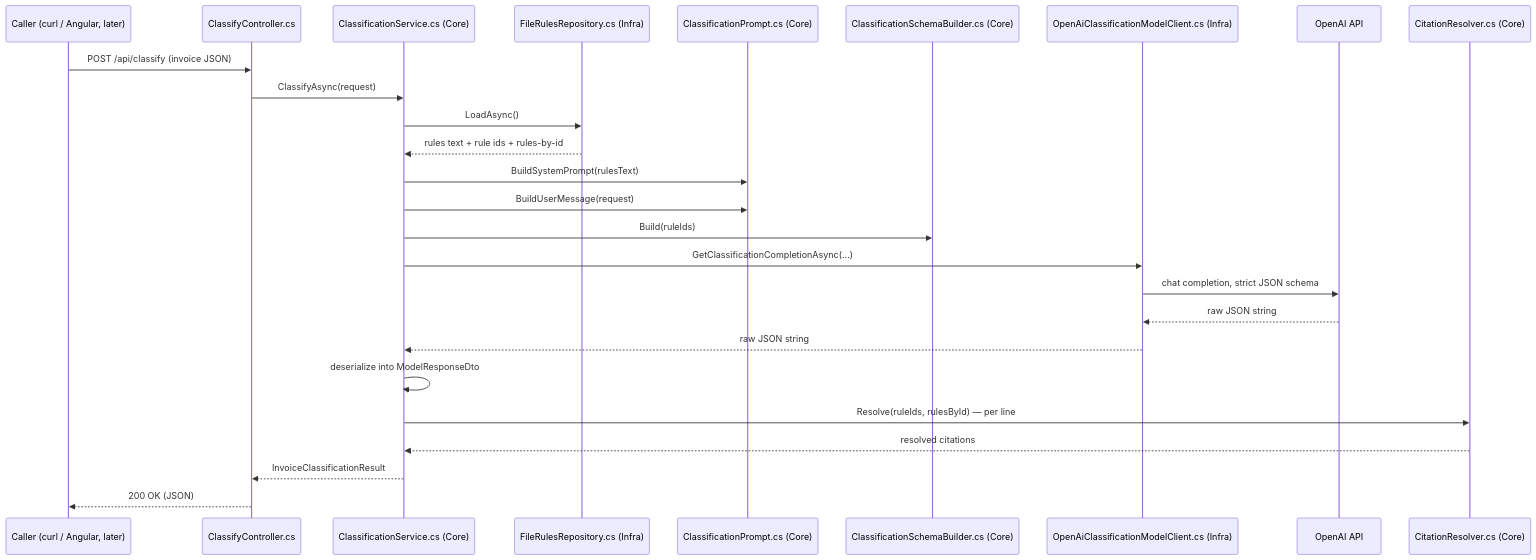
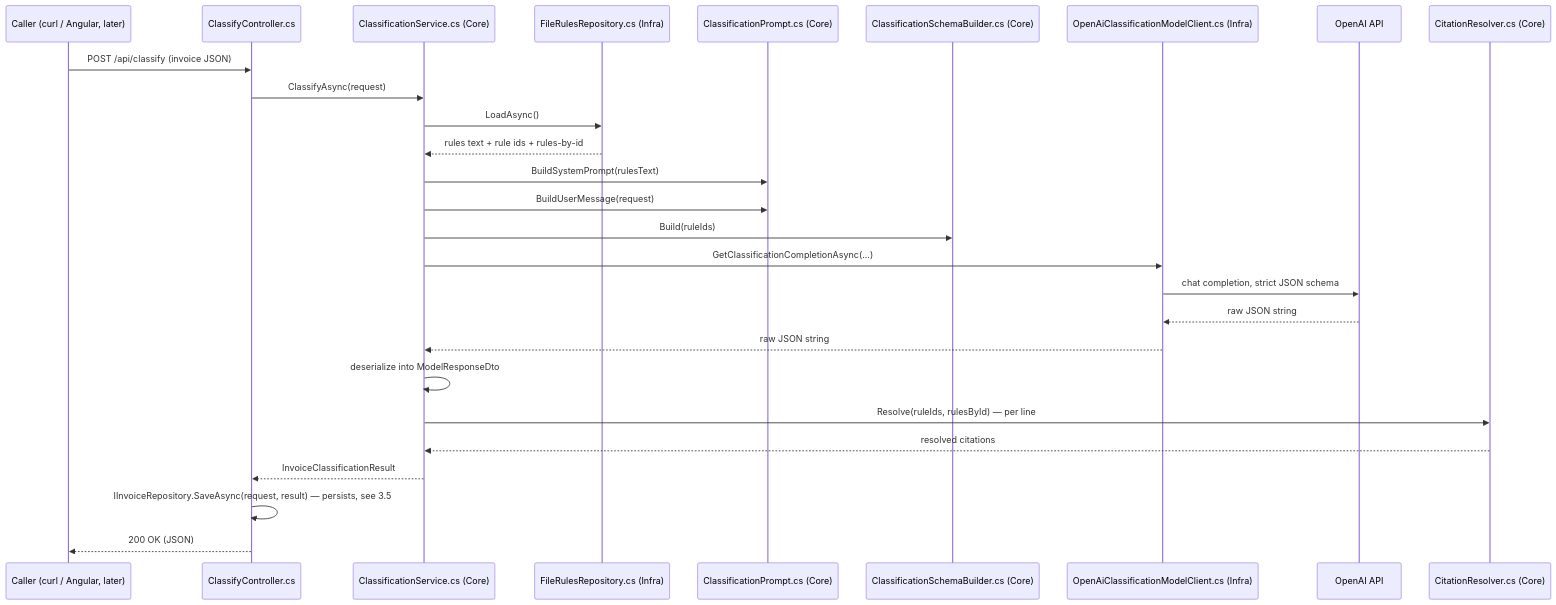
One commit to Jangorito/Construction-Industry-Scheme-Project changed the second of 5 diagrams in CIS_PRODUCTION_BUILD_GUIDE.md. Above: the diagram before and after it, drawn with Mermaid. The commit also changed other lines of this file, not shown here.

````diff
--- a/CIS_PRODUCTION_BUILD_GUIDE.md
+++ b/CIS_PRODUCTION_BUILD_GUIDE.md
@@ -77,29 +79,30 @@
 ```mermaid
 sequenceDiagram
     participant Caller as Caller (curl / Angular, later)
     participant Ctrl as ClassifyController.cs
     participant Svc as ClassificationService.cs (Core)
     participant Rules as FileRulesRepository.cs (Infra)
     participant Prompt as ClassificationPrompt.cs (Core)
     participant Schema as ClassificationSchemaBuilder.cs (Core)
     participant Model as OpenAiClassificationModelClient.cs (Infra)
     participant OpenAI as OpenAI API
     participant Cite as CitationResolver.cs (Core)
 
     Caller->>Ctrl: POST /api/classify (invoice JSON)
     Ctrl->>Svc: ClassifyAsync(request)
     Svc->>Rules: LoadAsync()
     Rules-->>Svc: rules text + rule ids + rules-by-id
     Svc->>Prompt: BuildSystemPrompt(rulesText)
     Svc->>Prompt: BuildUserMessage(request)
     Svc->>Schema: Build(ruleIds)
     Svc->>Model: GetClassificationCompletionAsync(...)
     Model->>OpenAI: chat completion, strict JSON schema
     OpenAI-->>Model: raw JSON string
     Model-->>Svc: raw JSON string
     Svc->>Svc: deserialize into ModelResponseDto
     Svc->>Cite: Resolve(ruleIds, rulesById) — per line
     Cite-->>Svc: resolved citations
     Svc-->>Ctrl: InvoiceClassificationResult
+    Ctrl->>Ctrl: IInvoiceRepository.SaveAsync(request, result) — persists, see 3.5
     Ctrl-->>Caller: 200 OK (JSON)
 ```
````
